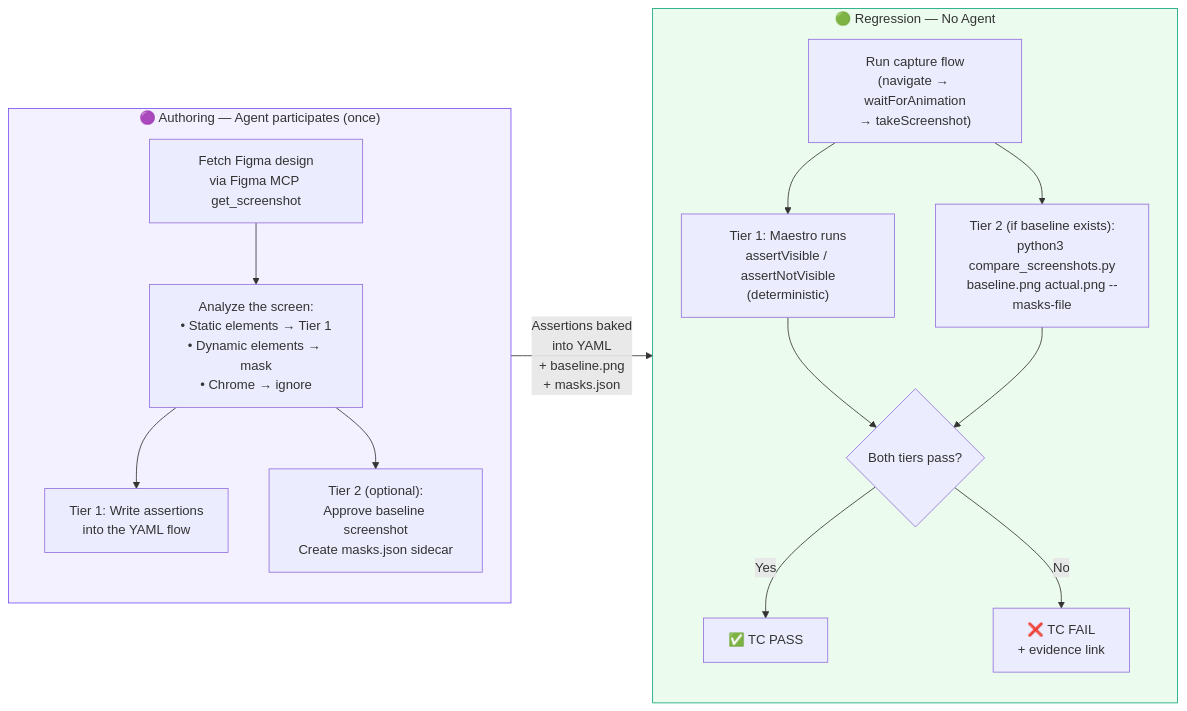
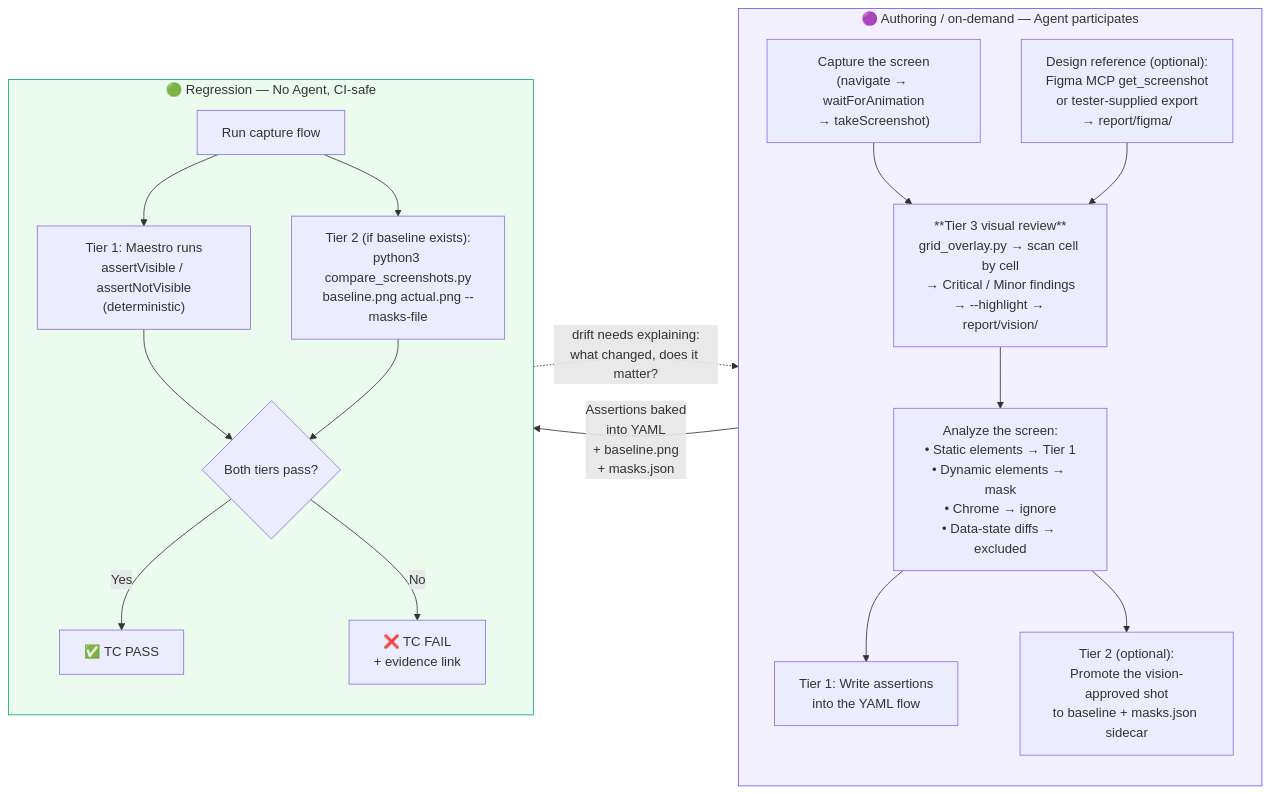
One commit to anhdo9797/my_skills changed the fifth of 11 diagrams in maestro-test-executor/DOC.md. Above: the diagram before and after it, drawn with Mermaid. The commit also changed other lines of this file and 7 other files, not shown here.

````diff
--- a/maestro-test-executor/DOC.md
+++ b/maestro-test-executor/DOC.md
@@ -131,33 +139,38 @@
 ```mermaid
 flowchart LR
-    subgraph AUTHORING ["🟣 Authoring — Agent participates (once)"]
+    subgraph AUTHORING ["🟣 Authoring / on-demand — Agent participates"]
         direction TB
-        A1["Fetch Figma design\nvia Figma MCP get_screenshot"]
-        A2["Analyze the screen:\n• Static elements → Tier 1\n• Dynamic elements → mask\n• Chrome → ignore"]
-        A3["Tier 1: Write assertions\ninto the YAML flow"]
-        A4["Tier 2 (optional):\nApprove baseline screenshot\nCreate masks.json sidecar"]
-        A1 --> A2 --> A3
-        A2 --> A4
+        A0["Capture the screen\n(navigate → waitForAnimation\n→ takeScreenshot)"]
+        A1["Design reference (optional):\nFigma MCP get_screenshot\nor tester-supplied export\n→ report/figma/"]
+        A2["**Tier 3 visual review**\ngrid_overlay.py → scan cell by cell\n→ Critical / Minor findings\n→ --highlight → report/vision/"]
+        A3["Analyze the screen:\n• Static elements → Tier 1\n• Dynamic elements → mask\n• Chrome → ignore\n• Data-state diffs → excluded"]
+        A4["Tier 1: Write assertions\ninto the YAML flow"]
+        A5["Tier 2 (optional):\nPromote the vision-approved shot\nto baseline + masks.json sidecar"]
+        A0 --> A2
+        A1 --> A2
+        A2 --> A3 --> A4
+        A3 --> A5
     end
 
-    subgraph REGRESSION ["🟢 Regression — No Agent"]
+    subgraph REGRESSION ["🟢 Regression — No Agent, CI-safe"]
         direction TB
-        R1["Run capture flow\n(navigate → waitForAnimation\n→ takeScreenshot)"]
+        R1["Run capture flow"]
         R2["Tier 1: Maestro runs\nassertVisible / assertNotVisible\n(deterministic)"]
         R3["Tier 2 (if baseline exists):\npython3 compare_screenshots.py\nbaseline.png actual.png --masks-file"]
         R4{Both tiers pass?}
         R5[✅ TC PASS]
         R6[❌ TC FAIL\n+ evidence link]
         R1 --> R2
         R1 --> R3
         R2 --> R4
         R3 --> R4
         R4 -- Yes --> R5
         R4 -- No --> R6
     end
 
     AUTHORING -->|"Assertions baked\ninto YAML\n+ baseline.png\n+ masks.json"| REGRESSION
+    R6 -.->|"drift needs explaining:\nwhat changed, does it matter?"| A2
 
     style AUTHORING fill:#F3F0FF,stroke:#7950F2
     style REGRESSION fill:#EBFBEE,stroke:#0CA678
 ```
````
